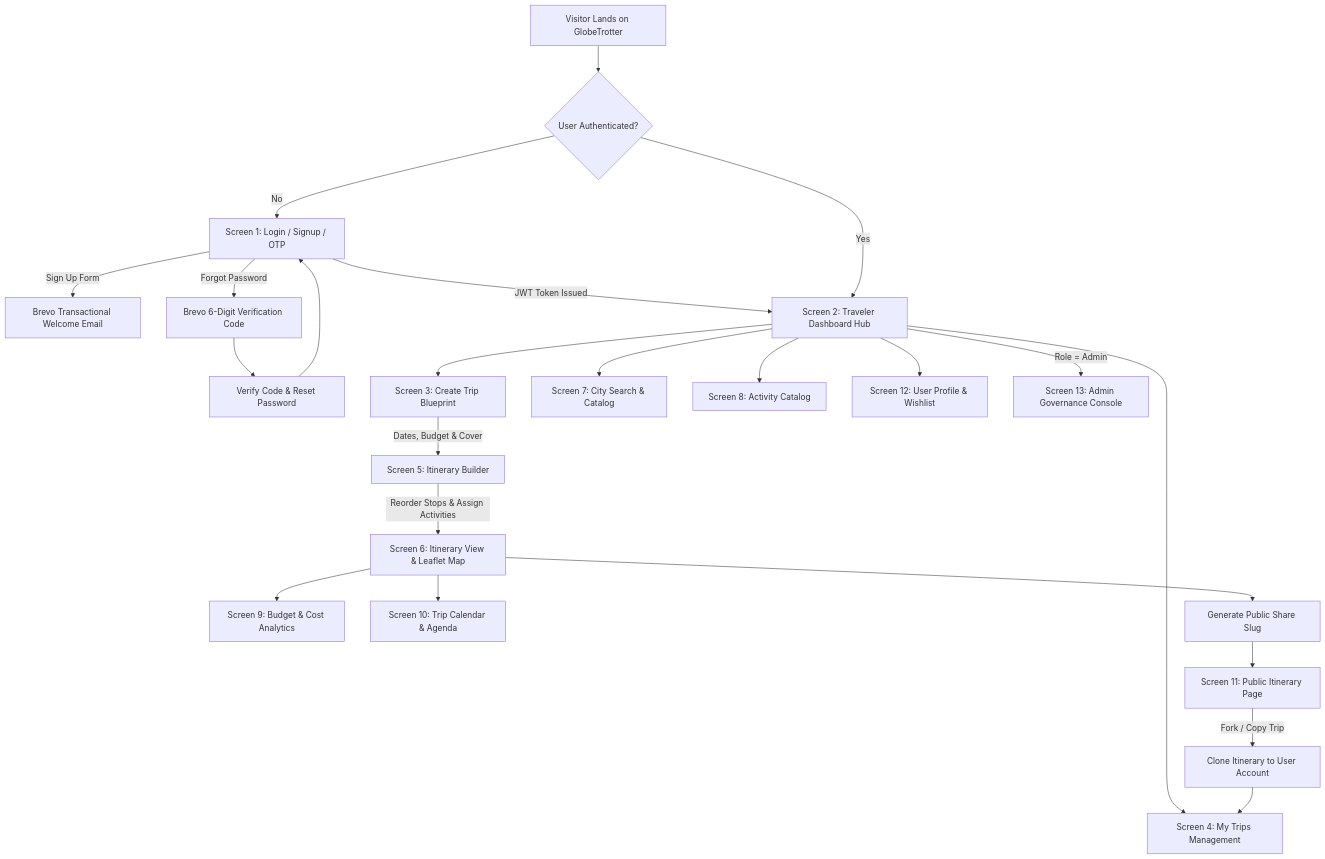
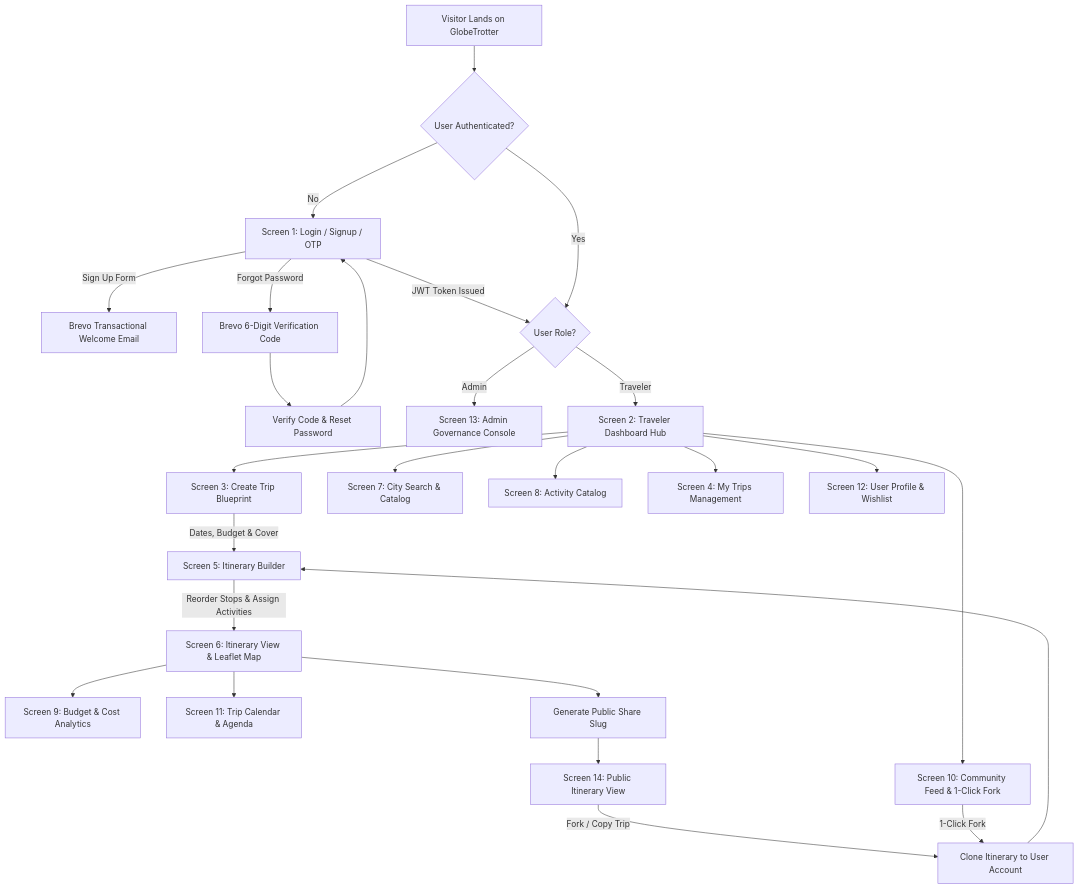
One commit to anandK-S/GlobeTrotter changed the first of 4 diagrams in README.md. Above: the diagram before and after it, drawn with Mermaid. The commit also changed other lines of this file, not shown here.

Commit message:
docs: upgrade README with demo credentials, ER diagram, user journey flowcharts, Brevo 1-click verification architecture, and 14-screen matrix

````diff
--- a/README.md
+++ b/README.md
@@ -56,31 +70,35 @@
 ```mermaid
 flowchart TD
     Start["Visitor Lands on GlobeTrotter"] --> CheckAuth{"User Authenticated?"}
 
     CheckAuth -- "No" --> AuthPage["Screen 1: Login / Signup / OTP"]
     AuthPage -->|"Sign Up Form"| BrevoWelcome["Brevo Transactional Welcome Email"]
     AuthPage -->|"Forgot Password"| BrevoOTP["Brevo 6-Digit Verification Code"]
     BrevoOTP --> VerifyOTP["Verify Code & Reset Password"]
     VerifyOTP --> AuthPage
-    AuthPage -->|"JWT Token Issued"| Dashboard
+    AuthPage -->|"JWT Token Issued"| RoleCheck{"User Role?"}
 
-    CheckAuth -- "Yes" --> Dashboard["Screen 2: Traveler Dashboard Hub"]
+    RoleCheck -- "Admin" --> AdminPanel["Screen 13: Admin Governance Console"]
+    RoleCheck -- "Traveler" --> Dashboard["Screen 2: Traveler Dashboard Hub"]
+
+    CheckAuth -- "Yes" --> RoleCheck
 
     Dashboard --> PlanNew["Screen 3: Create Trip Blueprint"]
     Dashboard --> ExploreCities["Screen 7: City Search & Catalog"]
     Dashboard --> ExploreActivities["Screen 8: Activity Catalog"]
     Dashboard --> MyTripsList["Screen 4: My Trips Management"]
+    Dashboard --> CommunityHub["Screen 10: Community Feed & 1-Click Fork"]
     Dashboard --> ProfileSettings["Screen 12: User Profile & Wishlist"]
-    Dashboard -->|"Role = Admin"| AdminPanel["Screen 13: Admin Governance Console"]
 
     PlanNew -->|"Dates, Budget & Cover"| ItinBuilder["Screen 5: Itinerary Builder"]
     ItinBuilder -->|"Reorder Stops & Assign Activities"| ItinView["Screen 6: Itinerary View & Leaflet Map"]
 
     ItinView --> BudgetScreen["Screen 9: Budget & Cost Analytics"]
-    ItinView --> CalendarScreen["Screen 10: Trip Calendar & Agenda"]
+    ItinView --> CalendarScreen["Screen 11: Trip Calendar & Agenda"]
     ItinView --> GenerateShare["Generate Public Share Slug"]
 
-    GenerateShare --> PublicItin["Screen 11: Public Itinerary Page"]
+    GenerateShare --> PublicItin["Screen 14: Public Itinerary View"]
     PublicItin -->|"Fork / Copy Trip"| ForkAction["Clone Itinerary to User Account"]
-    ForkAction --> MyTripsList
+    CommunityHub -->|"1-Click Fork"| ForkAction
+    ForkAction --> ItinBuilder
 ```
````
